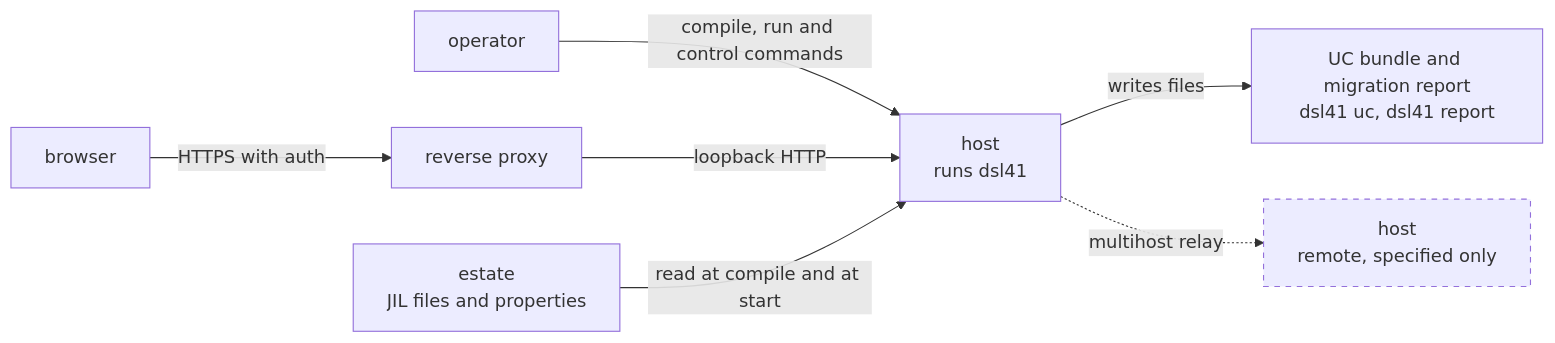
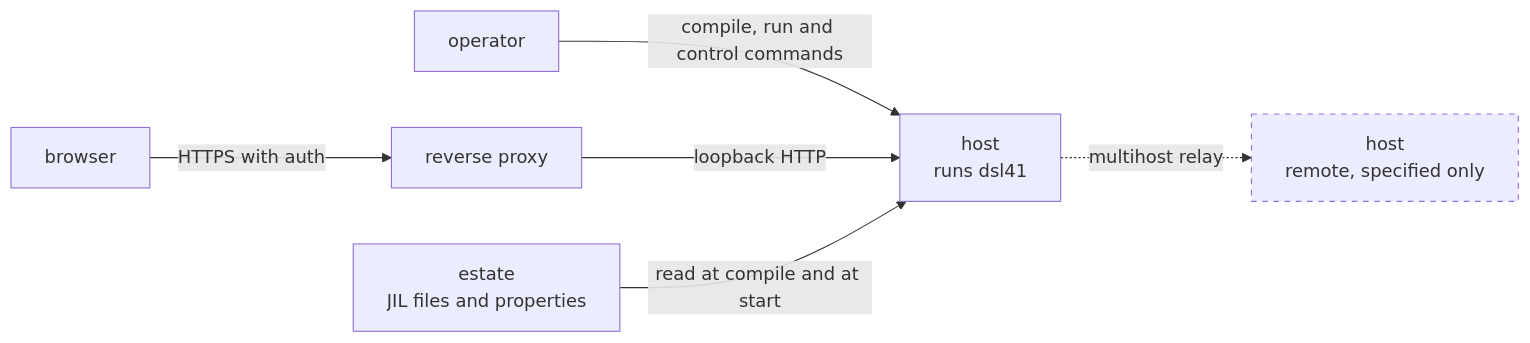
The first of 4 diagrams in docs/architecture.md (mrbald/dsl41), drawn with Mermaid before and after one commit. The commit also changed other lines of this file and 283 other files, not shown here.

````diff
--- a/docs/architecture.md
+++ b/docs/architecture.md
@@ -51,18 +48,16 @@
 ```mermaid
 flowchart LR
   op["operator"]
   br["browser"]
   px["reverse proxy"]
   est["estate<br/>JIL files and properties"]
   sys["host<br/>runs dsl41"]
-  uc["UC bundle and migration report<br/>dsl41 uc, dsl41 report"]
   remote["host<br/>remote, specified only"]
   op -->|"compile, run and control commands"| sys
   br -->|"HTTPS with auth"| px
   px -->|"loopback HTTP"| sys
   est -->|"read at compile and at start"| sys
-  sys -->|"writes files"| uc
   sys -.->|"multihost relay"| remote
   classDef specified stroke-dasharray: 5 5
   class remote specified
 ```
````
